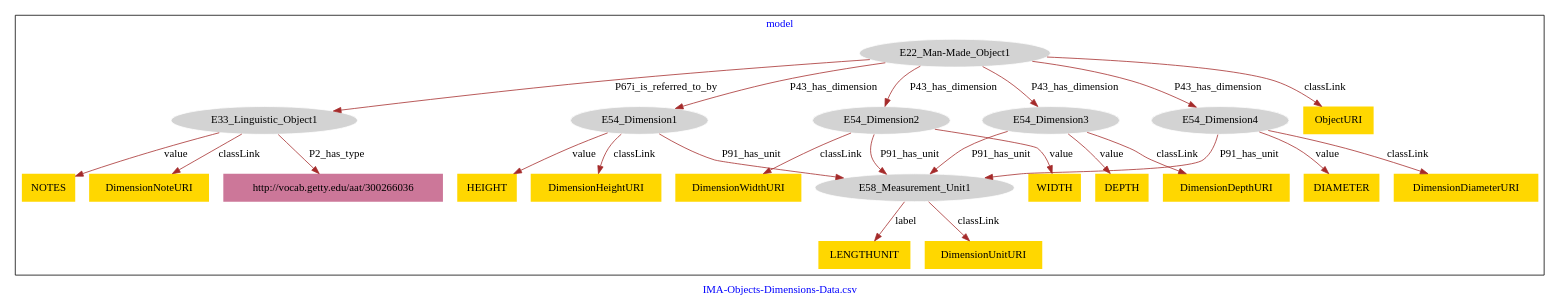
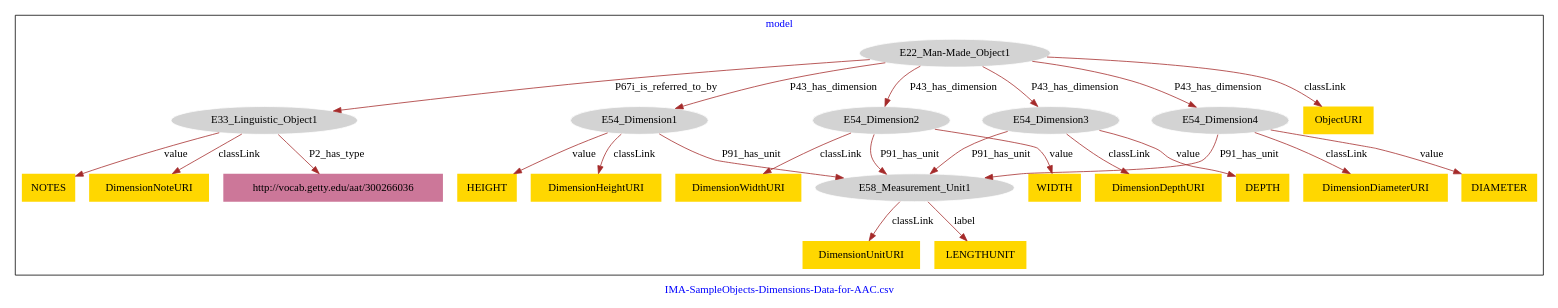
One commit to american-art/ima changed the diagram in IMA-Objects-Dimensions/IMA-Objects-Dimensions-model.dot. Above: the diagram before and after it, drawn with Graphviz.

Commit message:
Update file IMA-Objects-Dimensions-model.dot

```diff
--- a/IMA-Objects-Dimensions/IMA-Objects-Dimensions-model.dot
+++ b/IMA-Objects-Dimensions/IMA-Objects-Dimensions-model.dot
@@ -1,52 +1,52 @@
 digraph n0 {
 fontcolor="blue"
 remincross="true"
-label="IMA-Objects-Dimensions-Data.csv"
+label="IMA-SampleObjects-Dimensions-Data-for-AAC.csv"
 subgraph cluster {
 label="model"
 n2[style="filled",color="white",fillcolor="lightgray",label="E22_Man-Made_Object1"];
 n3[style="filled",color="white",fillcolor="lightgray",label="E33_Linguistic_Object1"];
 n4[style="filled",color="white",fillcolor="lightgray",label="E54_Dimension1"];
 n5[style="filled",color="white",fillcolor="lightgray",label="E54_Dimension2"];
 n6[style="filled",color="white",fillcolor="lightgray",label="E54_Dimension3"];
 n7[style="filled",color="white",fillcolor="lightgray",label="E54_Dimension4"];
 n8[style="filled",color="white",fillcolor="lightgray",label="E58_Measurement_Unit1"];
-n9[shape="plaintext",style="filled",fillcolor="gold",label="DIAMETER"];
-n10[shape="plaintext",style="filled",fillcolor="gold",label="LENGTHUNIT"];
-n11[shape="plaintext",style="filled",fillcolor="gold",label="ObjectURI"];
-n12[shape="plaintext",style="filled",fillcolor="gold",label="DEPTH"];
-n13[shape="plaintext",style="filled",fillcolor="gold",label="NOTES"];
-n14[shape="plaintext",style="filled",fillcolor="gold",label="DimensionNoteURI"];
-n15[shape="plaintext",style="filled",fillcolor="gold",label="DimensionDepthURI"];
-n16[shape="plaintext",style="filled",fillcolor="gold",label="HEIGHT"];
-n17[shape="plaintext",style="filled",fillcolor="gold",label="WIDTH"];
-n18[shape="plaintext",style="filled",fillcolor="gold",label="DimensionHeightURI"];
-n19[shape="plaintext",style="filled",fillcolor="gold",label="DimensionDiameterURI"];
-n20[shape="plaintext",style="filled",fillcolor="gold",label="DimensionWidthURI"];
-n21[shape="plaintext",style="filled",fillcolor="gold",label="DimensionUnitURI"];
+n9[shape="plaintext",style="filled",fillcolor="gold",label="NOTES"];
+n10[shape="plaintext",style="filled",fillcolor="gold",label="DimensionNoteURI"];
+n11[shape="plaintext",style="filled",fillcolor="gold",label="DimensionUnitURI"];
+n12[shape="plaintext",style="filled",fillcolor="gold",label="HEIGHT"];
+n13[shape="plaintext",style="filled",fillcolor="gold",label="DimensionDepthURI"];
+n14[shape="plaintext",style="filled",fillcolor="gold",label="WIDTH"];
+n15[shape="plaintext",style="filled",fillcolor="gold",label="DimensionHeightURI"];
+n16[shape="plaintext",style="filled",fillcolor="gold",label="DimensionDiameterURI"];
+n17[shape="plaintext",style="filled",fillcolor="gold",label="ObjectURI"];
+n18[shape="plaintext",style="filled",fillcolor="gold",label="DimensionWidthURI"];
+n19[shape="plaintext",style="filled",fillcolor="gold",label="DEPTH"];
+n20[shape="plaintext",style="filled",fillcolor="gold",label="DIAMETER"];
+n21[shape="plaintext",style="filled",fillcolor="gold",label="LENGTHUNIT"];
 n22[shape="plaintext",style="filled",fillcolor="#CC7799",label="http://vocab.getty.edu/aat/300266036"];
 }
 n2 -> n3[color="brown",fontcolor="black",label="P67i_is_referred_to_by"]
 n2 -> n4[color="brown",fontcolor="black",label="P43_has_dimension"]
 n2 -> n5[color="brown",fontcolor="black",label="P43_has_dimension"]
 n2 -> n6[color="brown",fontcolor="black",label="P43_has_dimension"]
 n2 -> n7[color="brown",fontcolor="black",label="P43_has_dimension"]
 n4 -> n8[color="brown",fontcolor="black",label="P91_has_unit"]
-n7 -> n9[color="brown",fontcolor="black",label="value"]
-n8 -> n10[color="brown",fontcolor="black",label="label"]
-n2 -> n11[color="brown",fontcolor="black",label="classLink"]
-n6 -> n12[color="brown",fontcolor="black",label="value"]
-n3 -> n13[color="brown",fontcolor="black",label="value"]
-n3 -> n14[color="brown",fontcolor="black",label="classLink"]
-n6 -> n15[color="brown",fontcolor="black",label="classLink"]
-n4 -> n16[color="brown",fontcolor="black",label="value"]
-n5 -> n17[color="brown",fontcolor="black",label="value"]
-n4 -> n18[color="brown",fontcolor="black",label="classLink"]
-n7 -> n19[color="brown",fontcolor="black",label="classLink"]
-n5 -> n20[color="brown",fontcolor="black",label="classLink"]
-n8 -> n21[color="brown",fontcolor="black",label="classLink"]
+n3 -> n9[color="brown",fontcolor="black",label="value"]
+n3 -> n10[color="brown",fontcolor="black",label="classLink"]
+n8 -> n11[color="brown",fontcolor="black",label="classLink"]
+n4 -> n12[color="brown",fontcolor="black",label="value"]
+n6 -> n13[color="brown",fontcolor="black",label="classLink"]
+n5 -> n14[color="brown",fontcolor="black",label="value"]
+n4 -> n15[color="brown",fontcolor="black",label="classLink"]
+n7 -> n16[color="brown",fontcolor="black",label="classLink"]
+n2 -> n17[color="brown",fontcolor="black",label="classLink"]
+n5 -> n18[color="brown",fontcolor="black",label="classLink"]
+n6 -> n19[color="brown",fontcolor="black",label="value"]
+n7 -> n20[color="brown",fontcolor="black",label="value"]
+n8 -> n21[color="brown",fontcolor="black",label="label"]
 n7 -> n8[color="brown",fontcolor="black",label="P91_has_unit"]
 n5 -> n8[color="brown",fontcolor="black",label="P91_has_unit"]
 n3 -> n22[color="brown",fontcolor="black",label="P2_has_type"]
 n6 -> n8[color="brown",fontcolor="black",label="P91_has_unit"]
 }
```
